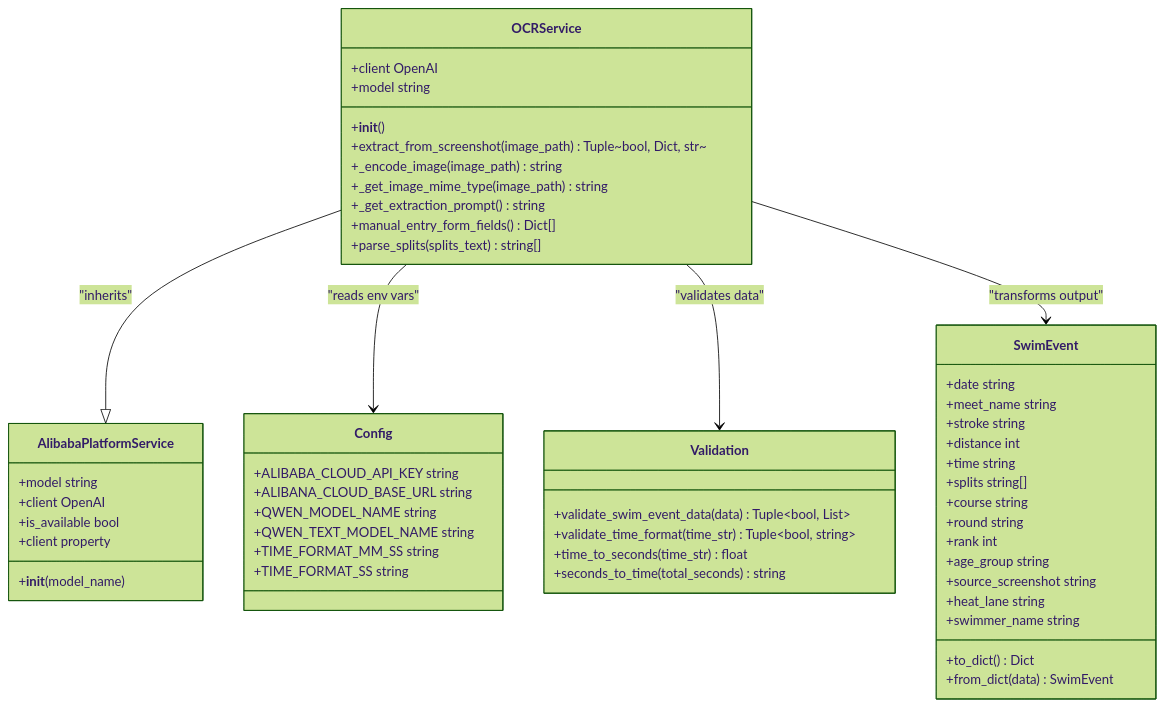
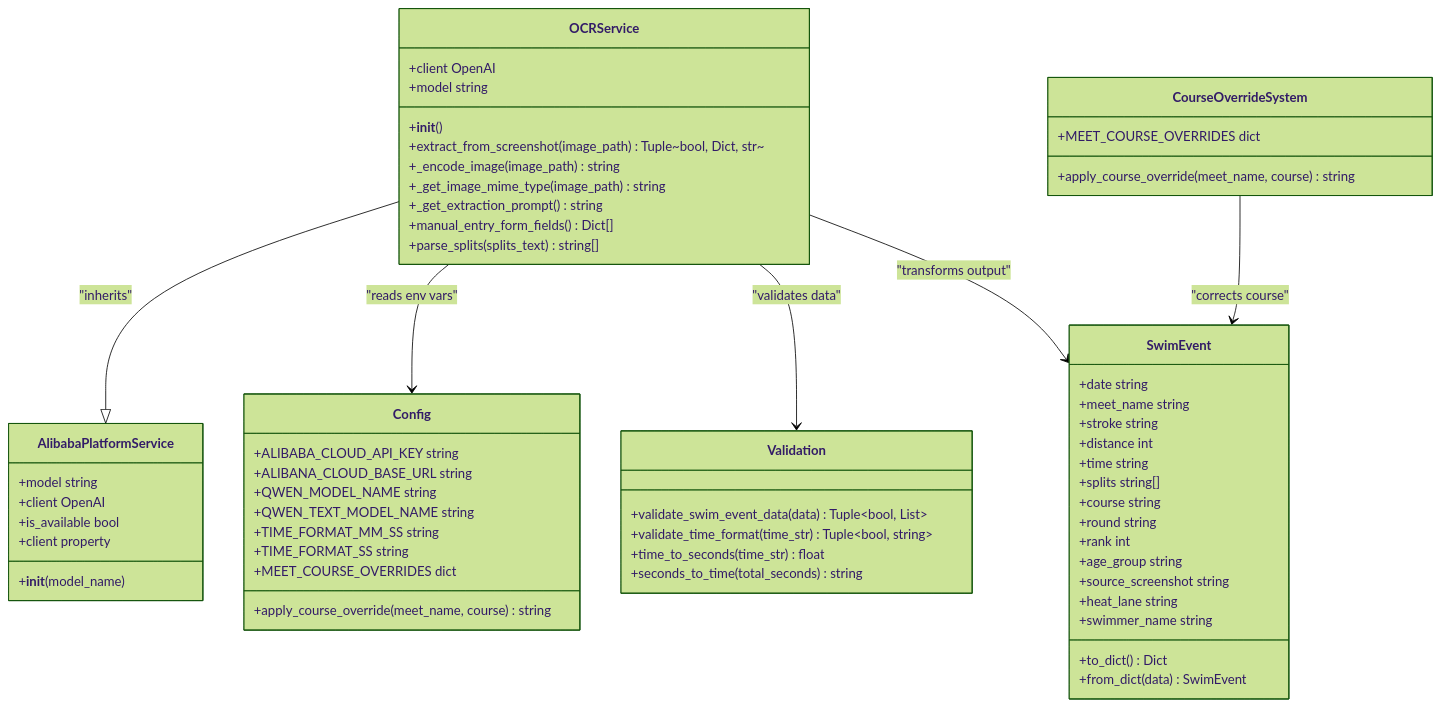
The third of 9 diagrams in .qoder/repowiki/en/content/Feature Modules/OCR Integration.md (Johnny22056/SwimingStatus), drawn with Mermaid (forest theme) before and after one commit. The commit also changed other lines of this file and 4 other files, not shown here.

First line of the commit message:
feat: UI polish across all pages, icon updates, course override additions

````diff
--- a/.qoder/repowiki/en/content/Feature Modules/OCR Integration.md
+++ b/.qoder/repowiki/en/content/Feature Modules/OCR Integration.md
@@ -175,56 +193,63 @@
 ```mermaid
 classDiagram
 class OCRService {
 +client OpenAI
 +model string
 +__init__()
 +extract_from_screenshot(image_path) Tuple~bool, Dict, str~
 +_encode_image(image_path) string
 +_get_image_mime_type(image_path) string
 +_get_extraction_prompt() string
 +manual_entry_form_fields() Dict[]
 +parse_splits(splits_text) string[]
 }
 class AlibabaPlatformService {
 +model string
 +client OpenAI
 +__init__(model_name)
 +is_available bool
 +client property
 }
 class Config {
 +ALIBABA_CLOUD_API_KEY string
 +ALIBANA_CLOUD_BASE_URL string
 +QWEN_MODEL_NAME string
 +QWEN_TEXT_MODEL_NAME string
 +TIME_FORMAT_MM_SS string
 +TIME_FORMAT_SS string
++MEET_COURSE_OVERRIDES dict
++apply_course_override(meet_name, course) string
 }
 class Validation {
 +validate_swim_event_data(data) Tuple~bool, List~
 +validate_time_format(time_str) Tuple~bool, string~
 +time_to_seconds(time_str) float
 +seconds_to_time(total_seconds) string
 }
 class SwimEvent {
 +date string
 +meet_name string
 +stroke string
 +distance int
 +time string
 +splits string[]
 +course string
 +round string
 +rank int
 +age_group string
 +source_screenshot string
 +heat_lane string
 +swimmer_name string
 +to_dict() Dict
 +from_dict(data) SwimEvent
 }
+class CourseOverrideSystem {
++MEET_COURSE_OVERRIDES dict
++apply_course_override(meet_name, course) string
+}
 OCRService --|> AlibabaPlatformService : "inherits"
 OCRService --> Config : "reads env vars"
 OCRService --> Validation : "validates data"
 OCRService --> SwimEvent : "transforms output"
+CourseOverrideSystem --> SwimEvent : "corrects course"
 ```
````
